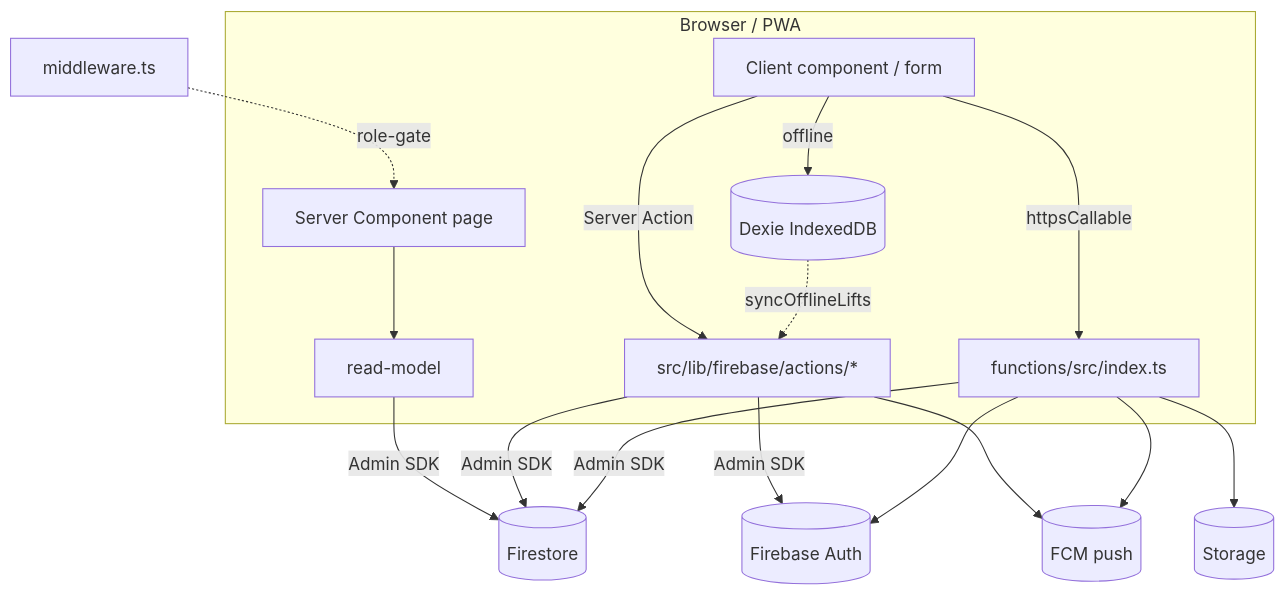
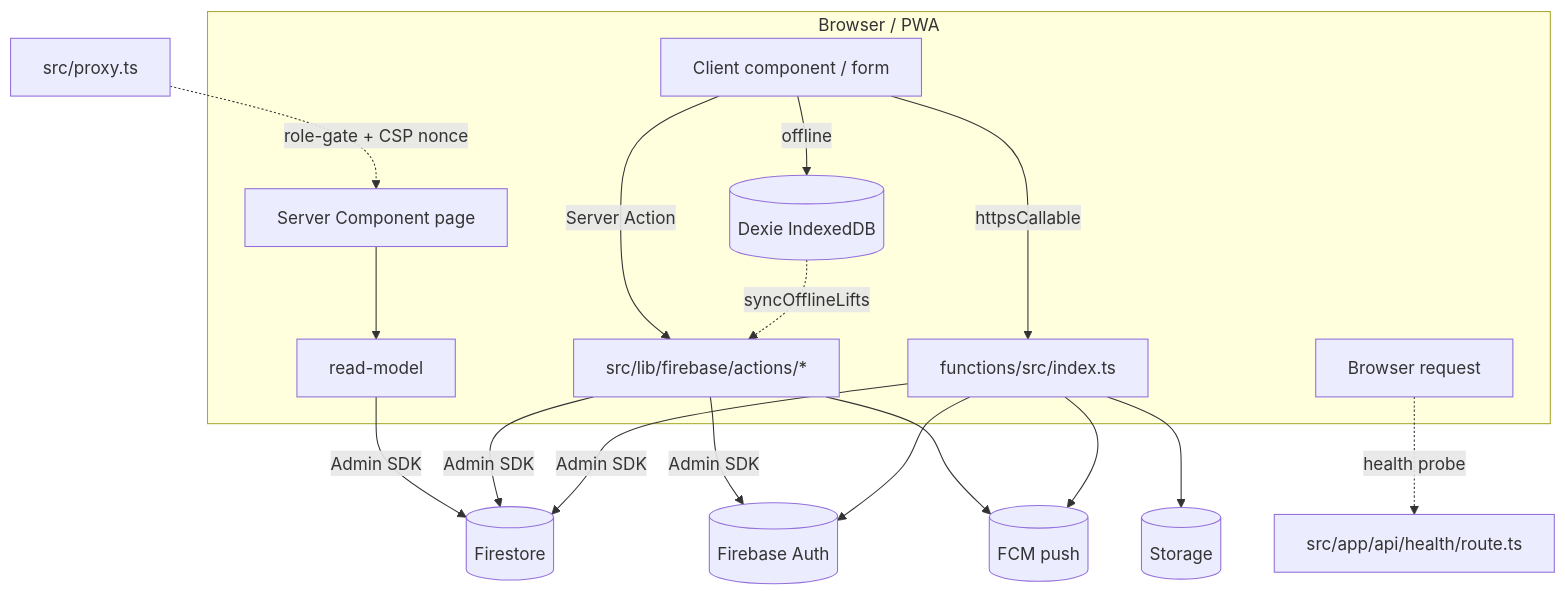
One commit to mehulchirania/FitSplit changed the first of 2 diagrams in docs/01_ARCHITECTURE.md. Above: the diagram before and after it, drawn with Mermaid. The commit also changed other lines of this file and 42 other files, not shown here.

````diff
--- a/docs/01_ARCHITECTURE.md
+++ b/docs/01_ARCHITECTURE.md
@@ -60,19 +62,21 @@
 ```mermaid
 graph TD
   subgraph Client[Browser / PWA]
+    BR[Browser request]
     SC[Server Component page] --> RM[read-model]
     UI[Client component / form] -->|Server Action| SA[src/lib/firebase/actions/*]
     UI -->|httpsCallable| CF[functions/src/index.ts]
     UI -->|offline| DX[(Dexie IndexedDB)]
   end
   RM -->|Admin SDK| FS[(Firestore)]
   SA -->|Admin SDK| FS
   SA -->|Admin SDK| AUTH[(Firebase Auth)]
   CF -->|Admin SDK| FS
   CF --> AUTH
   CF --> ST[(Storage)]
   SA --> FCM[(FCM push)]
   CF --> FCM
   DX -.syncOfflineLifts.-> SA
-  MW[middleware.ts] -. role-gate .-> SC
+  BR -. health probe .-> API[src/app/api/health/route.ts]
+  PX[src/proxy.ts] -. role-gate + CSP nonce .-> SC
 ```
````
